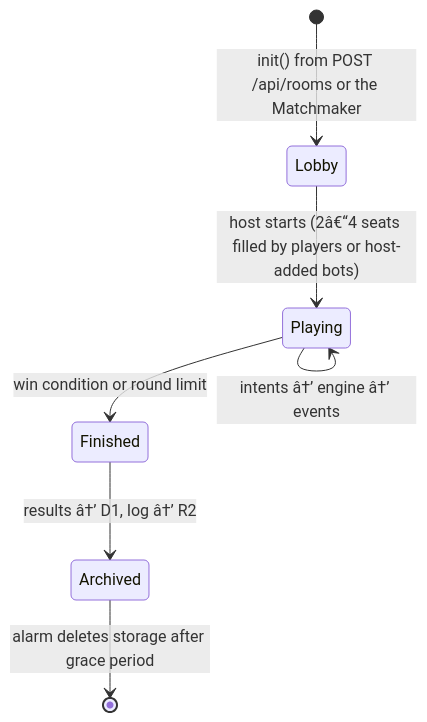
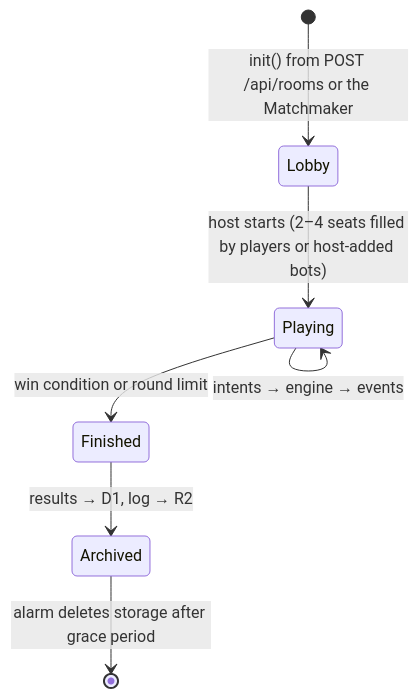
Before and after one commit to Rusutsu-Studios/Polytour: the second of 3 diagrams in docs/ARCHITECTURE.md, drawn with Mermaid. The commit also changed other lines of this file and 4 other files, not shown here.

````diff
--- a/docs/ARCHITECTURE.md
+++ b/docs/ARCHITECTURE.md
@@ -268,9 +267,9 @@
 ```mermaid
 stateDiagram-v2
   [*] --> Lobby: init() from POST /api/rooms or the Matchmaker
-  Lobby --> Playing: host starts (2â€“4 seats filled by players or host-added bots)
-  Playing --> Playing: intents â†’ engine â†’ events
+  Lobby --> Playing: host starts (2–4 seats filled by players or host-added bots)
+  Playing --> Playing: intents → engine → events
   Playing --> Finished: win condition or round limit
-  Finished --> Archived: results â†’ D1, log â†’ R2
+  Finished --> Archived: results → D1, log → R2
   Archived --> [*]: alarm deletes storage after grace period
 ```
````
